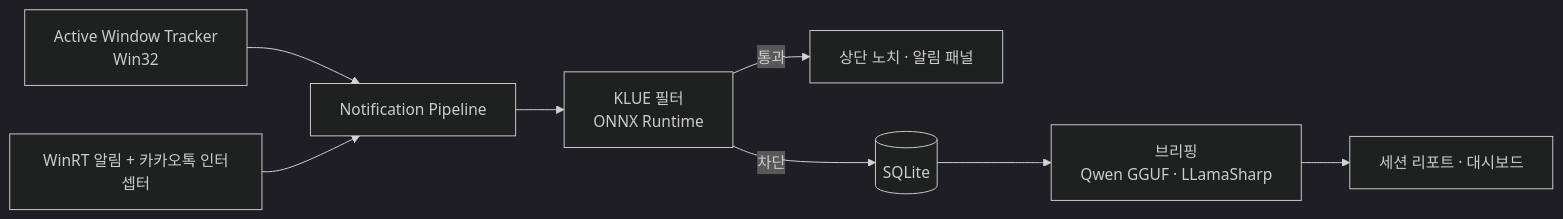
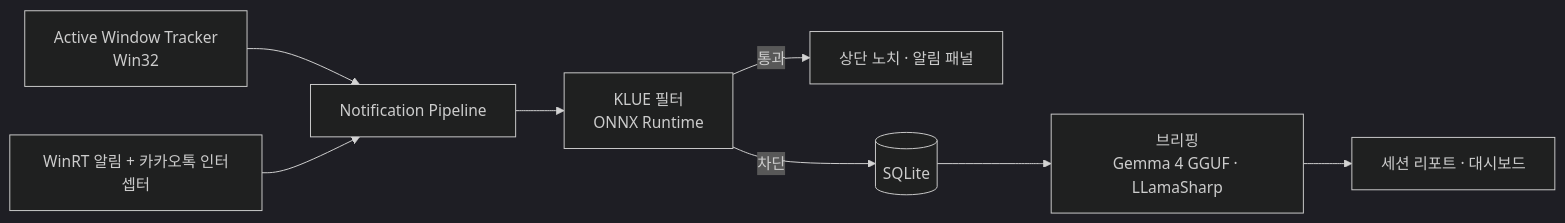
The diagram in README.md (AIoish/ALTONG_client), drawn with Mermaid (dark theme) before and after one commit. The commit also changed other lines of this file and 14 other files, not shown here.

````diff
--- a/README.md
+++ b/README.md
@@ -27,10 +27,10 @@
 ```mermaid
 flowchart LR
     AW["Active Window Tracker<br/>Win32"] --> P[Notification Pipeline]
     NL["WinRT 알림 + 카카오톡 인터셉터"] --> P
     P --> F["KLUE 필터<br/>ONNX Runtime"]
     F -->|통과| UI["상단 노치 · 알림 패널"]
     F -->|차단| DB[(SQLite)]
-    DB --> B["브리핑<br/>Qwen GGUF · LLamaSharp"]
+    DB --> B["브리핑<br/>Gemma 4 GGUF · LLamaSharp"]
     B --> R["세션 리포트 · 대시보드"]
 ```
````
